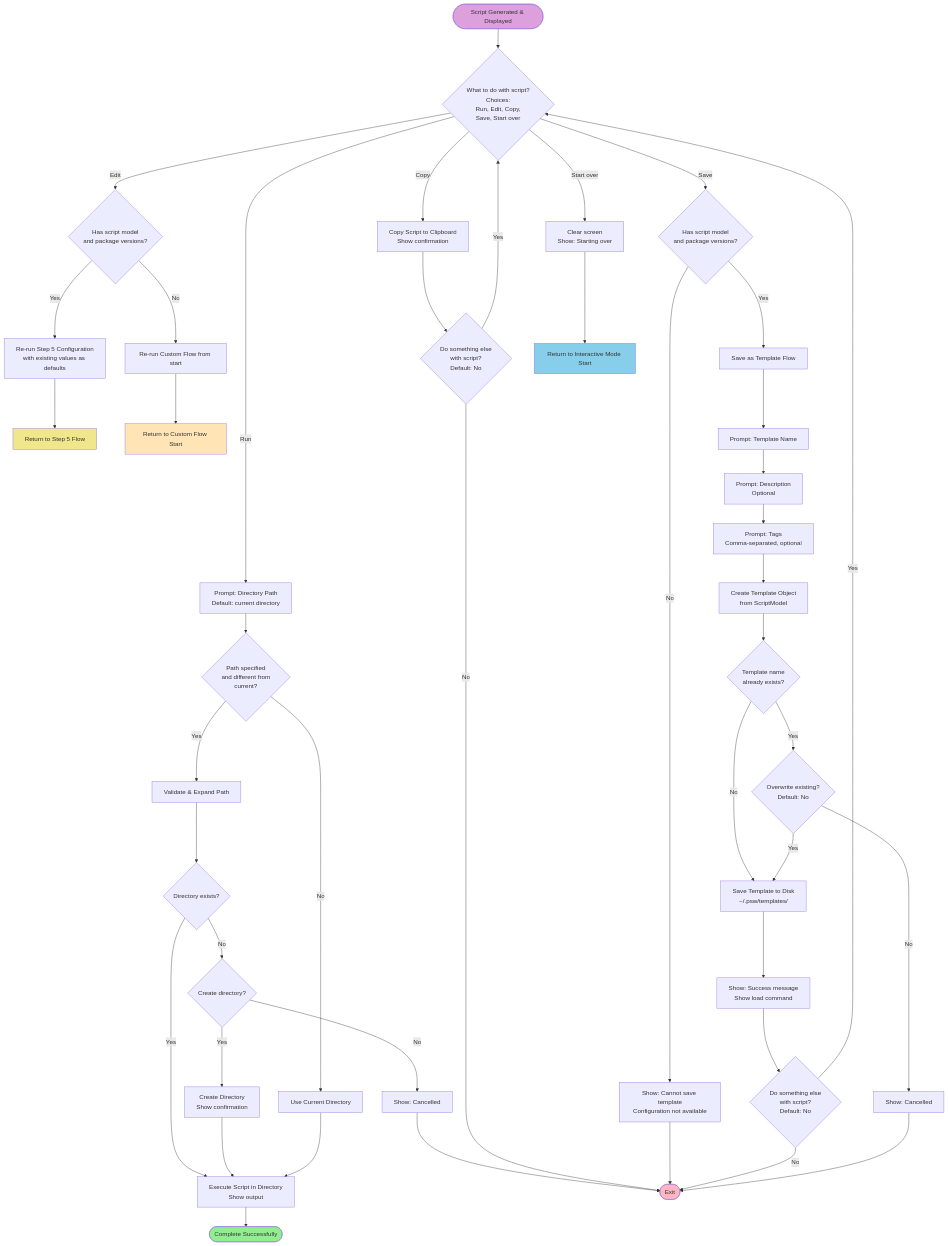
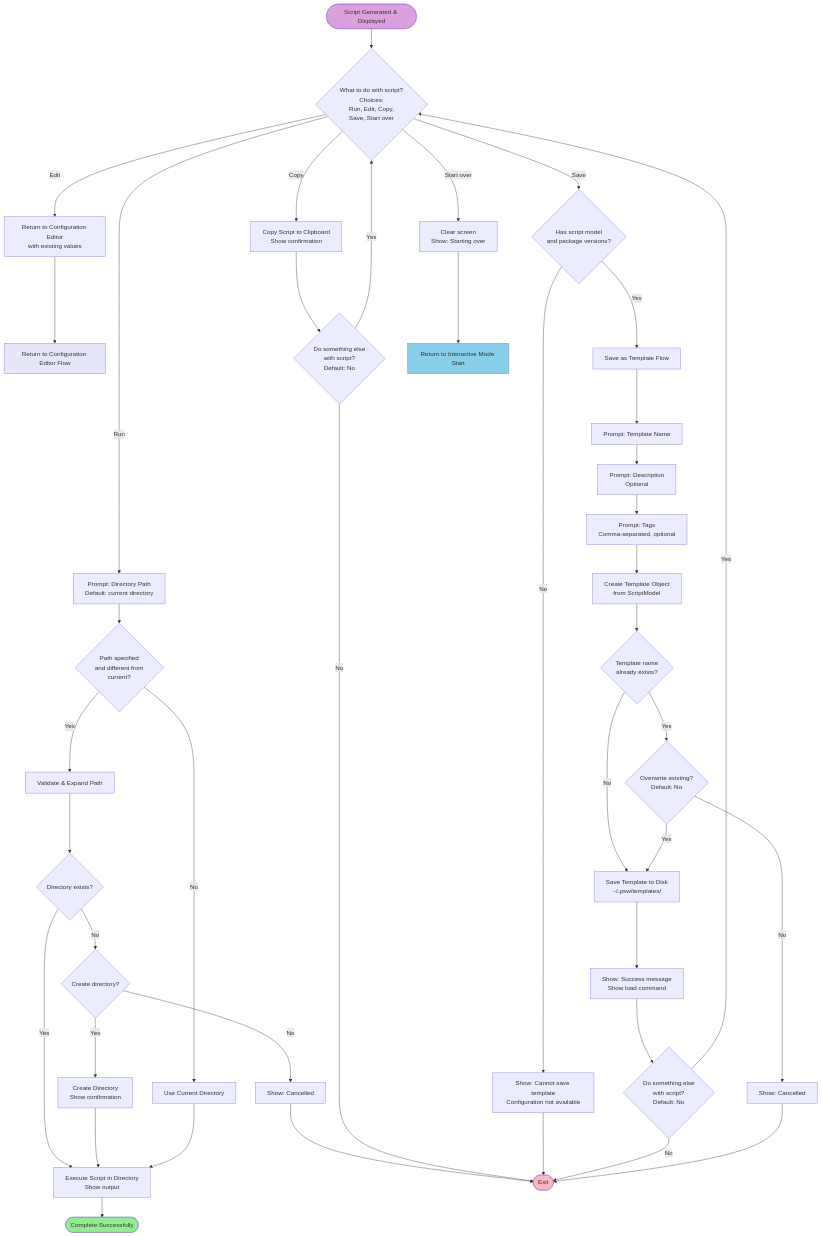
One commit to prjseal/Package-Script-Writer changed the eighth of 8 diagrams in CLI-Interactive-Mode-Flow.md. Above: the diagram before and after it, drawn with Mermaid. The commit also changed other lines of this file, not shown here.

First line of the commit message:
Remove legacy flows and reorganize diagrams as sub-flows

````diff
--- a/CLI-Interactive-Mode-Flow.md
+++ b/CLI-Interactive-Mode-Flow.md
@@ -430,71 +346,67 @@
 ```mermaid
 flowchart TD
     Start([Script Generated & Displayed]) --> AskAction{What to do with script?<br/>Choices:<br/>Run, Edit, Copy,<br/>Save, Start over}
 
     %% RUN PATH
     AskAction -->|Run| PromptDir[Prompt: Directory Path<br/>Default: current directory]
     PromptDir --> CheckPath{Path specified<br/>and different from<br/>current?}
 
     CheckPath -->|No| UseCurrentDir[Use Current Directory]
     CheckPath -->|Yes| ExpandPath[Validate & Expand Path]
     ExpandPath --> DirExists{Directory exists?}
 
     DirExists -->|Yes| RunScript[Execute Script in Directory<br/>Show output]
     DirExists -->|No| AskCreate{Create directory?}
     AskCreate -->|Yes| CreateDir[Create Directory<br/>Show confirmation]
     AskCreate -->|No| CancelRun[Show: Cancelled]
     CreateDir --> RunScript
 
     UseCurrentDir --> RunScript
     RunScript --> Complete([Complete Successfully])
     CancelRun --> End([Exit])
 
     %% EDIT PATH
-    AskAction -->|Edit| CheckContext{Has script model<br/>and package versions?}
-    CheckContext -->|Yes| EditWithDefaults[Re-run Step 5 Configuration<br/>with existing values as defaults]
-    CheckContext -->|No| EditFromScratch[Re-run Custom Flow from start]
+    AskAction -->|Edit| EditConfig[Return to Configuration Editor<br/>with existing values]
 
-    EditWithDefaults --> BackToStep5[Return to Step 5 Flow]
-    EditFromScratch --> BackToCustom[Return to Custom Flow Start]
+    EditConfig --> BackToConfigEditor[Return to Configuration Editor Flow]
 
     %% COPY PATH
     AskAction -->|Copy| CopyClipboard[Copy Script to Clipboard<br/>Show confirmation]
     CopyClipboard --> AskContinue{Do something else<br/>with script?<br/>Default: No}
     AskContinue -->|Yes| AskAction
     AskContinue -->|No| End
 
     %% SAVE PATH
     AskAction -->|Save| CheckModel{Has script model<br/>and package versions?}
     CheckModel -->|No| ShowCannotSave[Show: Cannot save template<br/>Configuration not available]
     ShowCannotSave --> End
 
     CheckModel -->|Yes| SaveFlow[Save as Template Flow]
     SaveFlow --> PromptName[Prompt: Template Name]
     PromptName --> PromptDesc[Prompt: Description<br/>Optional]
     PromptDesc --> PromptTags[Prompt: Tags<br/>Comma-separated, optional]
 
     PromptTags --> CreateTemplate[Create Template Object<br/>from ScriptModel]
     CreateTemplate --> TemplateExists{Template name<br/>already exists?}
 
     TemplateExists -->|No| SaveTemplate[Save Template to Disk<br/>~/.psw/templates/]
     TemplateExists -->|Yes| AskOverwrite{Overwrite existing?<br/>Default: No}
     AskOverwrite -->|No| CancelSave[Show: Cancelled]
     AskOverwrite -->|Yes| SaveTemplate
 
     SaveTemplate --> ShowSuccess[Show: Success message<br/>Show load command]
     ShowSuccess --> AskContinueSave{Do something else<br/>with script?<br/>Default: No}
     AskContinueSave -->|Yes| AskAction
     AskContinueSave -->|No| End
     CancelSave --> End
 
     %% START OVER PATH
     AskAction -->|Start over| ClearScreen[Clear screen<br/>Show: Starting over]
     ClearScreen --> RestartInteractive[Return to Interactive Mode Start]
 
     style Start fill:#DDA0DD
     style Complete fill:#90EE90
     style End fill:#FFB6C1
-    style BackToStep5 fill:#F0E68C
-    style BackToCustom fill:#FFE4B5
+    style BackToConfigEditor fill:#E6E6FA
     style RestartInteractive fill:#87CEEB
 ```
````
